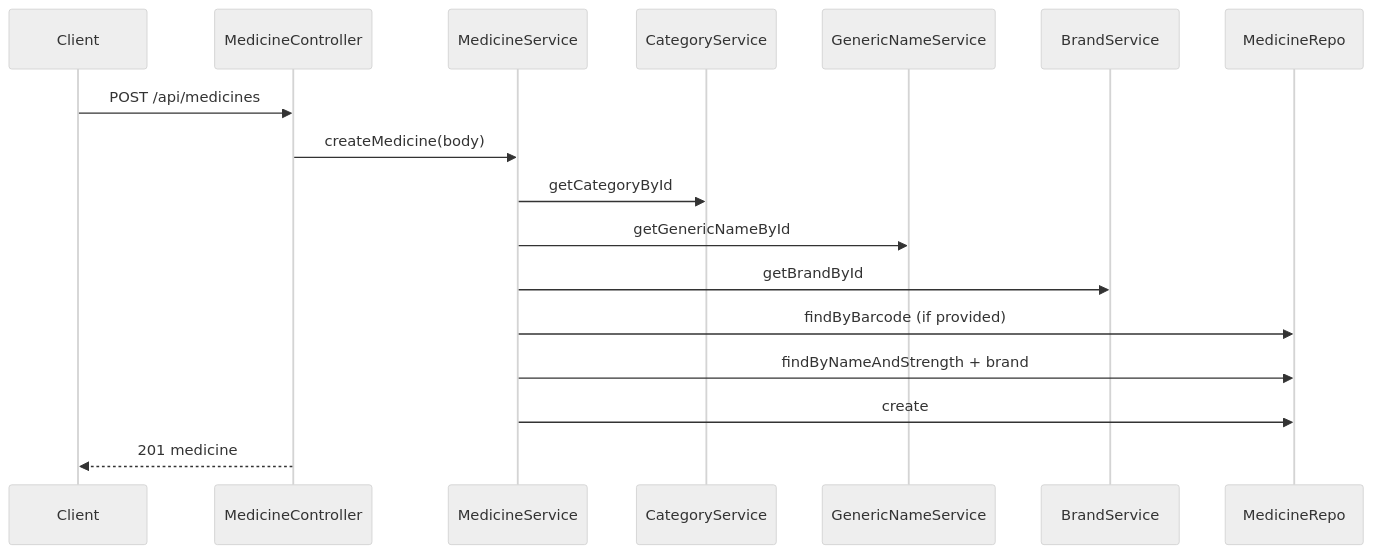
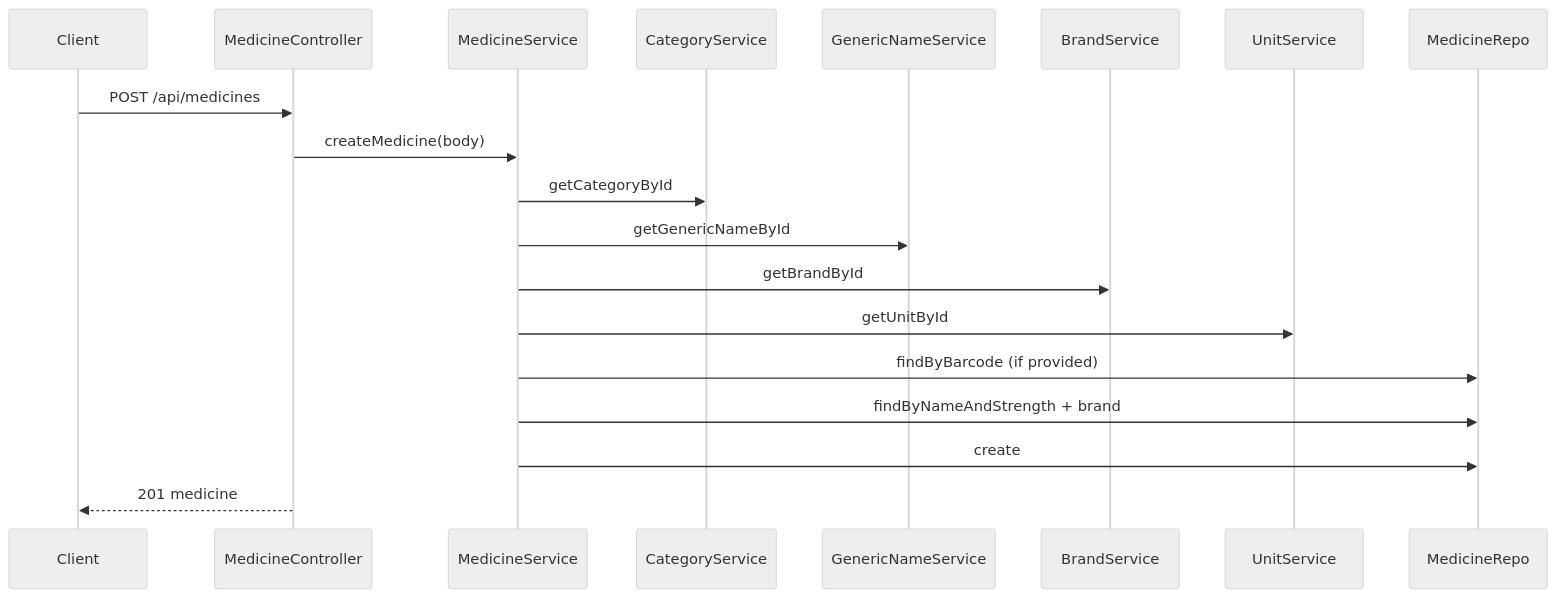
One commit to aabhushanCD/spims changed the diagram in server/docs/modules/products.md. Above: the diagram before and after it, drawn with Mermaid (neutral theme). The commit also changed other lines of this file and 16 other files, not shown here.

````diff
--- a/server/docs/modules/products.md
+++ b/server/docs/modules/products.md
@@ -141,20 +141,22 @@
 ```mermaid
 sequenceDiagram
   participant C as Client
   participant MC as MedicineController
   participant MS as MedicineService
   participant CS as CategoryService
   participant GS as GenericNameService
   participant BS as BrandService
+  participant US as UnitService
   participant MR as MedicineRepo
 
   C->>MC: POST /api/medicines
   MC->>MS: createMedicine(body)
   MS->>CS: getCategoryById
   MS->>GS: getGenericNameById
   MS->>BS: getBrandById
+  MS->>US: getUnitById
   MS->>MR: findByBarcode (if provided)
   MS->>MR: findByNameAndStrength + brand
   MS->>MR: create
   MC-->>C: 201 medicine
 ```
````
